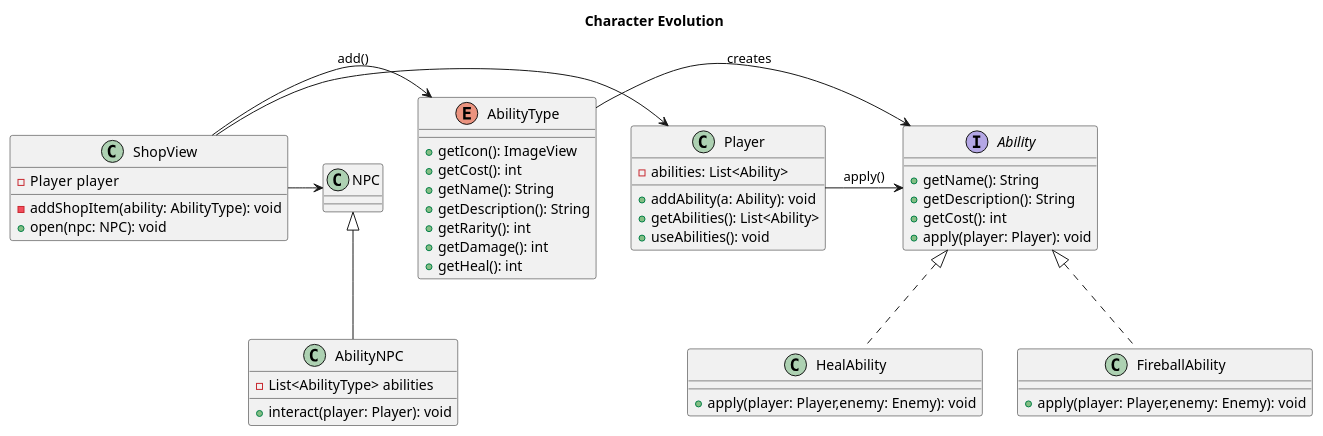
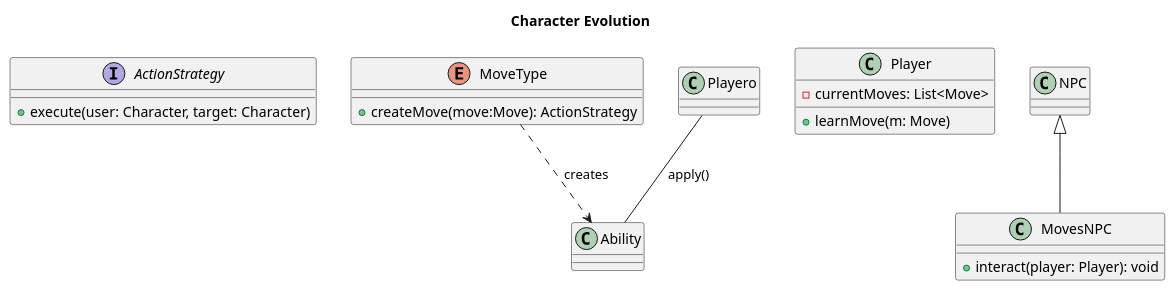
The diagram in user_stories_pml/Character_evolution.puml (samMM-cs/iss-team2), drawn with PlantUML before and after one commit. The commit also changed 21 other files, not shown here.

```diff
--- a/user_stories_pml/Character_evolution.puml
+++ b/user_stories_pml/Character_evolution.puml
@@ -1,51 +1,22 @@
 @startuml US18
 title Character Evolution
-'Il Strategy Pattern è utilizzato per modellare le abilità come comportamenti intercambiabili, permettendo al Player di variare dinamicamente il proprio comportamento senza modificare la sua struttura.'
+
 
 'Interfaccia Strategy'
-interface Ability{
-    +getName(): String
-    +getDescription(): String
-    +getCost(): int
-    +apply(player: Player): void
+interface ActionStrategy{
+    + execute(user: Character, target: Character)
 }
-enum AbilityType{
-    +getIcon(): ImageView
-    +getCost(): int
-    +getName(): String
-    +getDescription(): String
-    +getRarity(): int
-    +getDamage(): int
-    +getHeal(): int
+enum MoveType{
+    +createMove(move:Move): ActionStrategy
 }
 class Player{
-    - abilities: List<Ability>
-    +addAbility(a: Ability): void
-    +getAbilities(): List<Ability>
-    +useAbilities(): void
+    - currentMoves: List<Move>
+    +learnMove(m: Move)
 }
-class AbilityNPC extends NPC{
-    -List<AbilityType> abilities
+class MovesNPC extends NPC{
     +interact(player: Player): void
 }
-'Concrete Strategy'
-class FireballAbility implements Ability{
-    +apply(player: Player,enemy: Enemy): void
-}
 
-class HealAbility implements Ability{
-    +apply(player: Player,enemy: Enemy): void
-}
-
-class ShopView{
-    - Player  player
-    - addShopItem(ability: AbilityType): void
-    + open(npc: NPC): void
-}
-Player->Ability: apply()
-AbilityType->Ability: creates
-
-ShopView->Player
-ShopView->NPC
-ShopView->AbilityType: add()
+Playero--Ability: apply()
+MoveType..>Ability: creates
 @enduml
```
